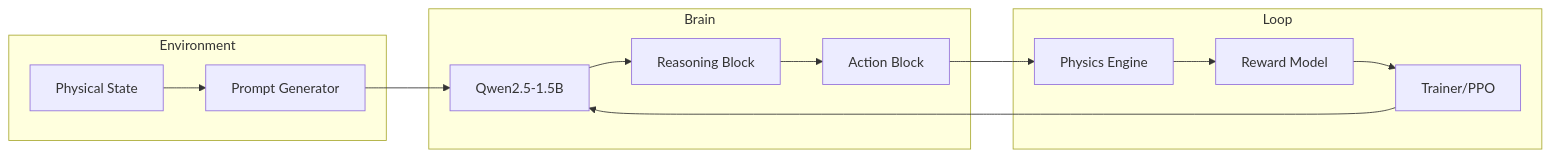
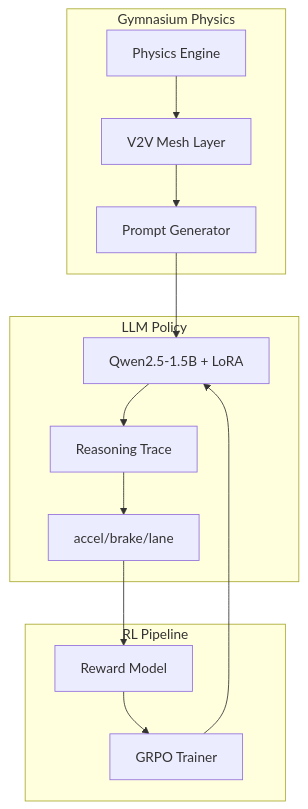
One commit to taruncodes07/SwarmDrive changed the diagram in README.md. Above: the diagram before and after it, drawn with Mermaid. The commit also changed other lines of this file, not shown here.

Commit message:
docs: finalize elite README with deep audit and GRPO highlights

````diff
--- a/README.md
+++ b/README.md
@@ -51,17 +44,17 @@
 ```mermaid
-graph LR
-    subgraph Environment
-    S[Physical State] --> O[Prompt Generator]
+graph TD
+    subgraph Environment [Gymnasium Physics]
+        P[Physics Engine] --> V2V[V2V Mesh Layer]
+        V2V --> Obs[Prompt Generator]
     end
-    subgraph Brain
-    O --> L[Qwen2.5-1.5B]
-    L --> R[Reasoning Block]
-    R --> A[Action Block]
+    subgraph Brain [LLM Policy]
+        Obs --> Q[Qwen2.5-1.5B + LoRA]
+        Q --> CoT[Reasoning Trace]
+        CoT --> Action[accel/brake/lane]
     end
-    subgraph Loop
-    A --> P[Physics Engine]
-    P --> RW[Reward Model]
-    RW --> T[Trainer/PPO]
-    T --> L
+    subgraph Training [RL Pipeline]
+        Action --> Reward[Reward Model]
+        Reward --> GRPO[GRPO Trainer]
+        GRPO --> Q
     end
 ```
````
